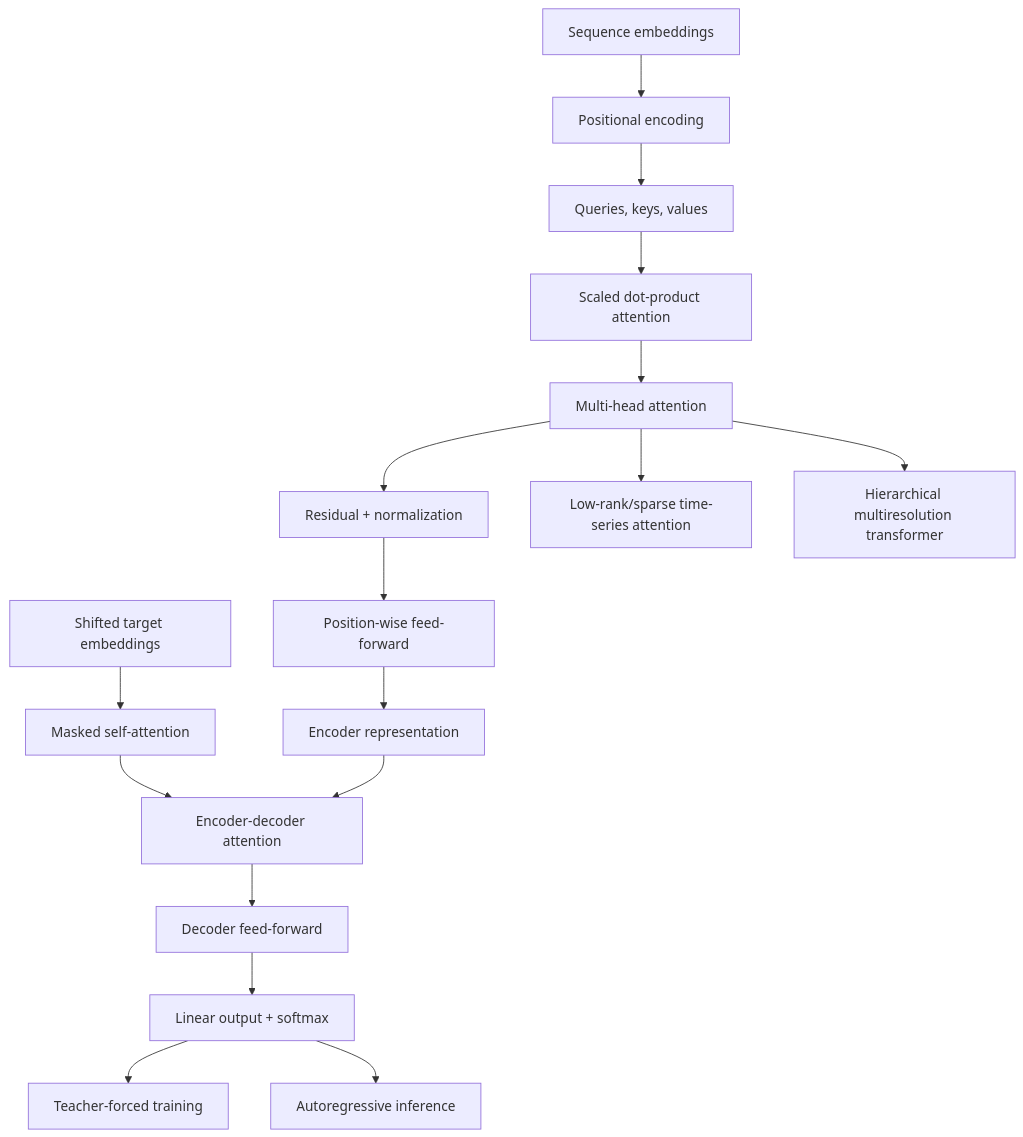
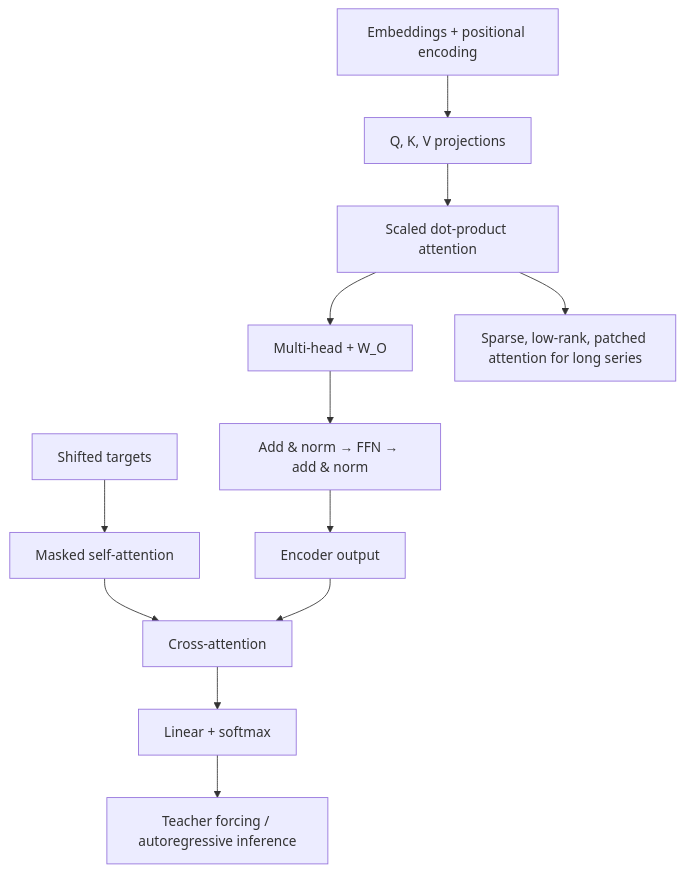
The fifth of 5 diagrams in courses/modern-temporal-learning/reference/concept_dependencies.md (hhsieh14/AI-courses-notes-reader), drawn with Mermaid before and after one commit. The commit also changed other lines of this file and 20 other files, not shown here.

````diff
--- a/courses/modern-temporal-learning/reference/concept_dependencies.md
+++ b/courses/modern-temporal-learning/reference/concept_dependencies.md
@@ -76,21 +100,14 @@
 ```mermaid
 flowchart TD
-    A[Sequence embeddings] --> B[Positional encoding]
-    B --> C[Queries, keys, values]
-    C --> D[Scaled dot-product attention]
-    D --> E[Multi-head attention]
-    E --> F[Residual + normalization]
-    F --> G[Position-wise feed-forward]
-    G --> H[Encoder representation]
-
-    I[Shifted target embeddings] --> J[Masked self-attention]
-    J --> K[Encoder-decoder attention]
-    H --> K
-    K --> L[Decoder feed-forward]
-    L --> M[Linear output + softmax]
-
-    M --> N[Teacher-forced training]
-    M --> O[Autoregressive inference]
-    E --> P[Low-rank/sparse time-series attention]
-    E --> Q[Hierarchical multiresolution transformer]
+    A[Embeddings + positional encoding] --> B[Q, K, V projections]
+    B --> C[Scaled dot-product attention]
+    C --> D[Multi-head + W_O]
+    D --> E[Add & norm → FFN → add & norm]
+    E --> F[Encoder output]
+    G[Shifted targets] --> H[Masked self-attention]
+    H --> I[Cross-attention]
+    F --> I
+    I --> J[Linear + softmax]
+    J --> K[Teacher forcing / autoregressive inference]
+    C --> L[Sparse, low-rank, patched attention for long series]
 ```
````
